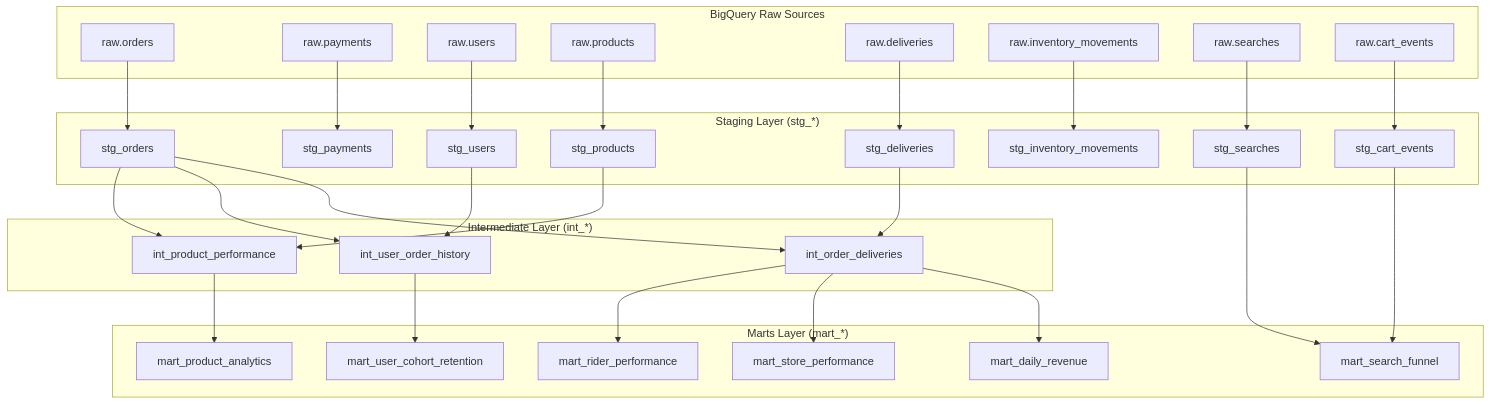
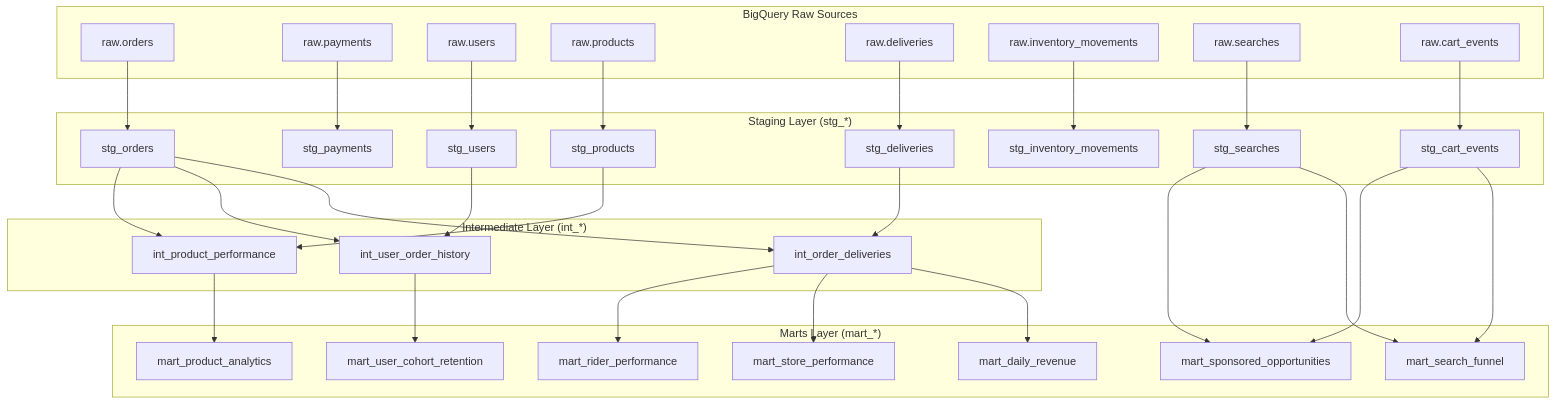
One commit to sunitakeazycommerz-a11y/InstaCommerce changed the second of 6 diagrams in data-platform/README.md. Above: the diagram before and after it, drawn with Mermaid. The commit also changed other lines of this file and 2 other files, not shown here.

````diff
--- a/data-platform/README.md
+++ b/data-platform/README.md
@@ -133,57 +141,59 @@
 ```mermaid
 flowchart TB
     subgraph Sources["BigQuery Raw Sources"]
         orders["raw.orders"]
         payments["raw.payments"]
         users["raw.users"]
         products["raw.products"]
         deliveries["raw.deliveries"]
         inventory["raw.inventory_movements"]
         searches["raw.searches"]
         cart["raw.cart_events"]
     end
 
     subgraph Staging["Staging Layer (stg_*)"]
         stg_orders["stg_orders"]
         stg_payments["stg_payments"]
         stg_users["stg_users"]
         stg_products["stg_products"]
         stg_deliveries["stg_deliveries"]
         stg_inventory["stg_inventory_movements"]
         stg_searches["stg_searches"]
         stg_cart["stg_cart_events"]
     end
 
     subgraph Intermediate["Intermediate Layer (int_*)"]
         int_order_deliveries["int_order_deliveries"]
         int_user_history["int_user_order_history"]
         int_product_perf["int_product_performance"]
     end
 
     subgraph Marts["Marts Layer (mart_*)"]
         mart_revenue["mart_daily_revenue"]
         mart_store["mart_store_performance"]
         mart_rider["mart_rider_performance"]
         mart_search["mart_search_funnel"]
         mart_product["mart_product_analytics"]
         mart_cohort["mart_user_cohort_retention"]
+        mart_sponsored["mart_sponsored_opportunities"]
     end
 
     orders --> stg_orders
     payments --> stg_payments
     users --> stg_users
     products --> stg_products
     deliveries --> stg_deliveries
     inventory --> stg_inventory
     searches --> stg_searches
     cart --> stg_cart
 
     stg_orders & stg_deliveries --> int_order_deliveries
     stg_orders & stg_users --> int_user_history
     stg_products & stg_orders --> int_product_perf
 
     int_order_deliveries --> mart_revenue & mart_store & mart_rider
     int_user_history --> mart_cohort
     int_product_perf --> mart_product
     stg_searches & stg_cart --> mart_search
+    stg_searches & stg_cart --> mart_sponsored
 ```
````
